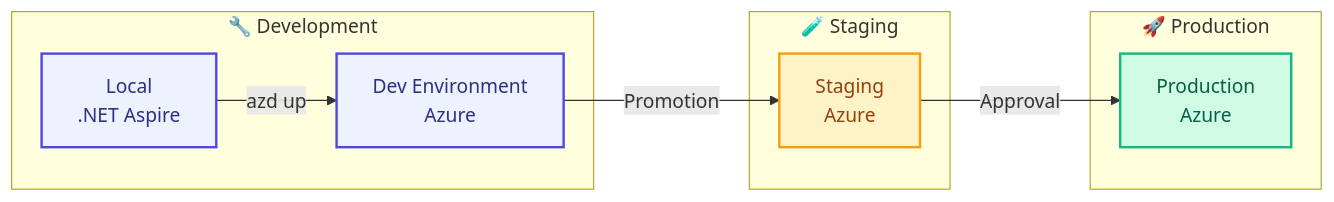
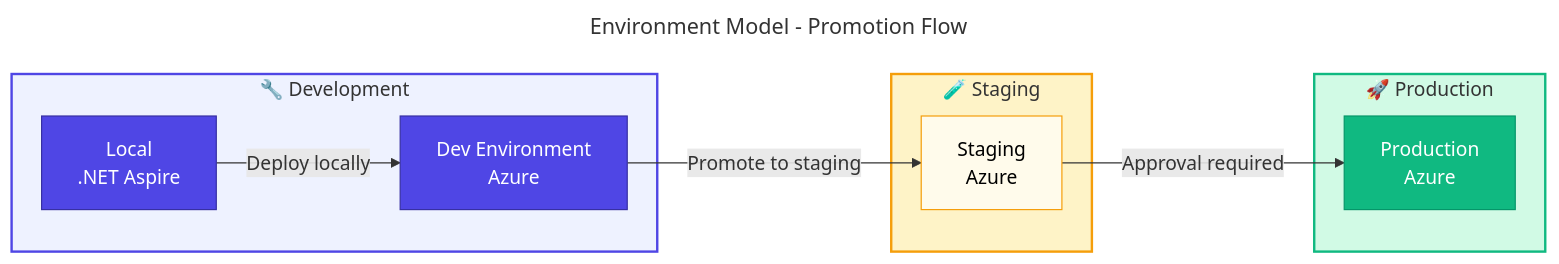
Before and after one commit to Evilazaro/Azure-LogicApps-Monitoring: the first of 6 diagrams in docs/architecture/07-deployment-architecture.md, drawn with Mermaid. The commit also changed other lines of this file, not shown here.

Commit message:
docs: Enhance mermaid diagrams in deployment architecture with titles and improved styling for better clarity and organization

````diff
--- a/docs/architecture/07-deployment-architecture.md
+++ b/docs/architecture/07-deployment-architecture.md
@@ -32,30 +32,44 @@
 ```mermaid
+---
+title: Environment Model - Promotion Flow
+---
 flowchart LR
-    %% Environment Model - Promotion flow from local to production
+    %% ===== CLASS DEFINITIONS =====
+    classDef primary fill:#4F46E5,stroke:#3730A3,color:#FFFFFF
+    classDef secondary fill:#10B981,stroke:#059669,color:#FFFFFF
+    classDef datastore fill:#F59E0B,stroke:#D97706,color:#000000
+    classDef external fill:#6B7280,stroke:#4B5563,color:#FFFFFF,stroke-dasharray: 5 5
+    classDef failed fill:#F44336,stroke:#C62828,color:#FFFFFF
+    classDef trigger fill:#818CF8,stroke:#4F46E5,color:#FFFFFF
+    classDef decision fill:#FFFBEB,stroke:#F59E0B,color:#000000
+    classDef input fill:#F3F4F6,stroke:#6B7280,color:#000000
+
+    %% ===== DEVELOPMENT ENVIRONMENT =====
     subgraph Dev["🔧 Development"]
         Local["Local<br/>.NET Aspire"]
         DevEnv["Dev Environment<br/>Azure"]
     end
+    style Dev fill:#EEF2FF,stroke:#4F46E5,stroke-width:2px
 
+    %% ===== STAGING ENVIRONMENT =====
     subgraph Stage["🧪 Staging"]
         StageEnv["Staging<br/>Azure"]
     end
+    style Stage fill:#FEF3C7,stroke:#F59E0B,stroke-width:2px
 
+    %% ===== PRODUCTION ENVIRONMENT =====
     subgraph Prod["🚀 Production"]
         ProdEnv["Production<br/>Azure"]
     end
+    style Prod fill:#D1FAE5,stroke:#10B981,stroke-width:2px
 
-    %% Promotion flow
-    Local -->|"azd up"| DevEnv
-    DevEnv -->|"Promotion"| StageEnv
-    StageEnv -->|"Approval"| ProdEnv
+    %% ===== PROMOTION FLOW =====
+    Local -->|"Deploy locally"| DevEnv
+    DevEnv -->|"Promote to staging"| StageEnv
+    StageEnv -->|"Approval required"| ProdEnv
 
-    %% Modern color palette - WCAG AA compliant
-    classDef dev fill:#EEF2FF,stroke:#4F46E5,stroke-width:2px,color:#312E81
-    classDef stage fill:#FEF3C7,stroke:#F59E0B,stroke-width:2px,color:#92400E
-    classDef prod fill:#D1FAE5,stroke:#10B981,stroke-width:2px,color:#065F46
-
-    class Local,DevEnv dev
-    class StageEnv stage
-    class ProdEnv prod
+    %% ===== APPLY STYLES =====
+    class Local,DevEnv primary
+    class StageEnv decision
+    class ProdEnv secondary
 ```
````
